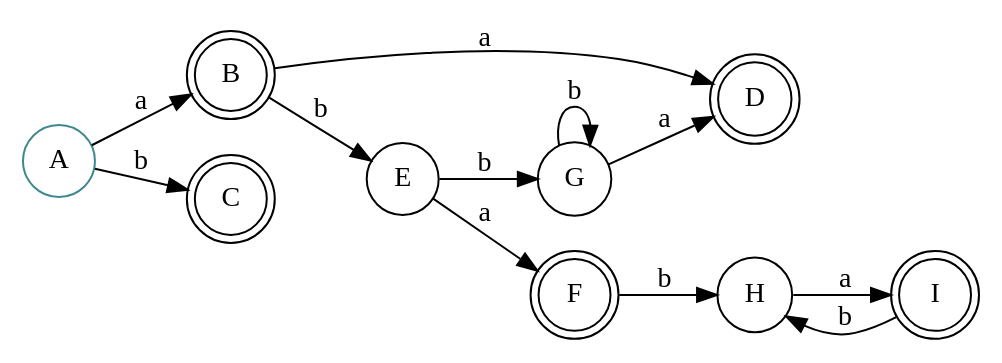
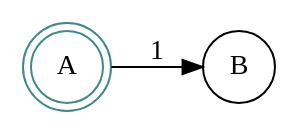
One commit to josepablito16/Regex-Engine changed the diagram in Entrega final/NFD_Actual.gv. Above: the diagram before and after it, drawn with Graphviz. The commit also changed 10 other files, not shown here.

```diff
--- a/Entrega final/NFD_Actual.gv
+++ b/Entrega final/NFD_Actual.gv
@@ -1,22 +1,8 @@
 digraph finite_state_machine {
 	rankdir=LR size="8,5"
 	node [shape=doublecircle]
-	B
-	C
-	D
-	F
-	I
+	A
 	node [shape=circle]
 	A [color="#3F888F"]
-	A -> B [label=a]
-	A -> C [label=b]
-	B -> D [label=a]
-	B -> E [label=b]
-	E -> F [label=a]
-	E -> G [label=b]
-	F -> H [label=b]
-	G -> D [label=a]
-	G -> G [label=b]
-	H -> I [label=a]
-	I -> H [label=b]
+	A -> B [label=1]
 }
```
